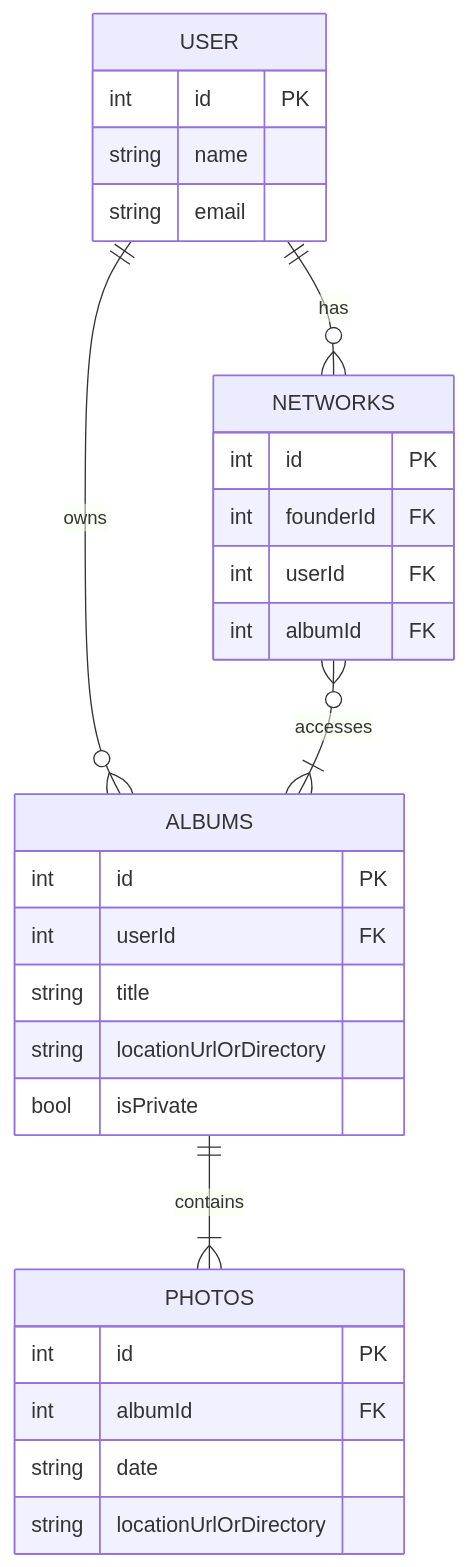
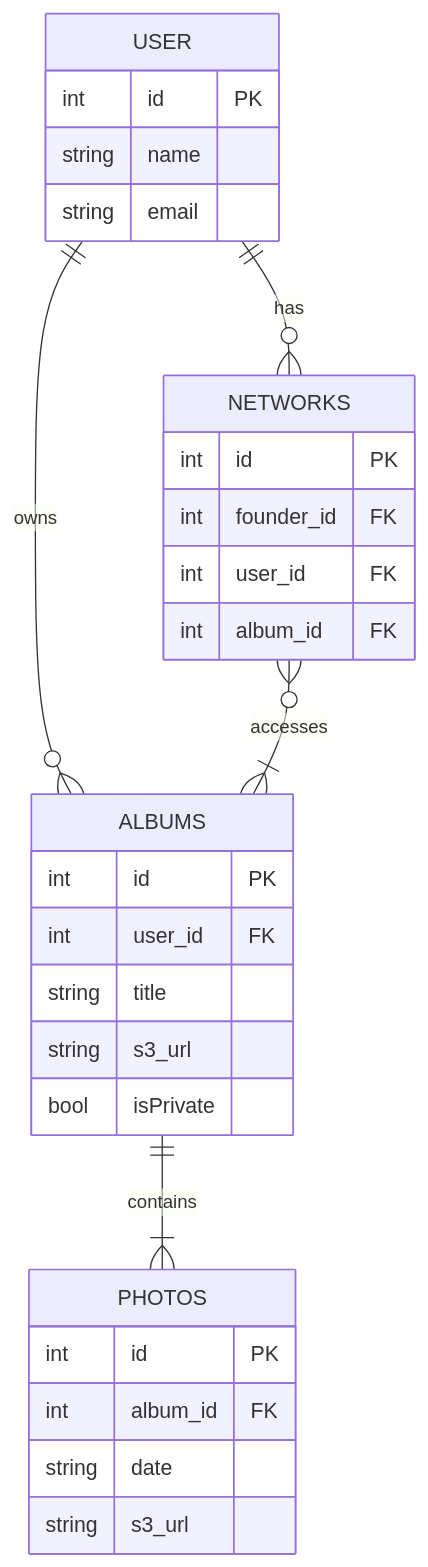
Before and after one commit to cafeDeDevs/phlint_app: the diagram in backend/docs/data_diagrams.md, drawn with Mermaid.

Commit message:
:memo: Updated ERD diagram naming conventions

```diff
--- a/backend/docs/data_diagrams.md
+++ b/backend/docs/data_diagrams.md
@@ -16,31 +16,31 @@
 <pre class="mermaid">
     erDiagram
     USER ||--o{ ALBUMS : owns
     USER {
         int id PK
         string name
         string email
     }
     ALBUMS ||--|{ PHOTOS : contains
     ALBUMS {
         int id PK
-        int userId FK
+        int user_id FK
         string title
-        string locationUrlOrDirectory
+        string s3_url
         bool isPrivate
     }
     PHOTOS {
         int id PK
-        int albumId FK
+        int album_id FK
         string date
-        string locationUrlOrDirectory
+        string s3_url
     }
     USER ||--o{ NETWORKS: has
     NETWORKS {
         int id PK
-        int founderId FK
-        int userId FK
-        int albumId FK
+        int founder_id FK
+        int user_id FK
+        int album_id FK
     }
     NETWORKS }o -- |{ ALBUMS: accesses
 </pre>
```
